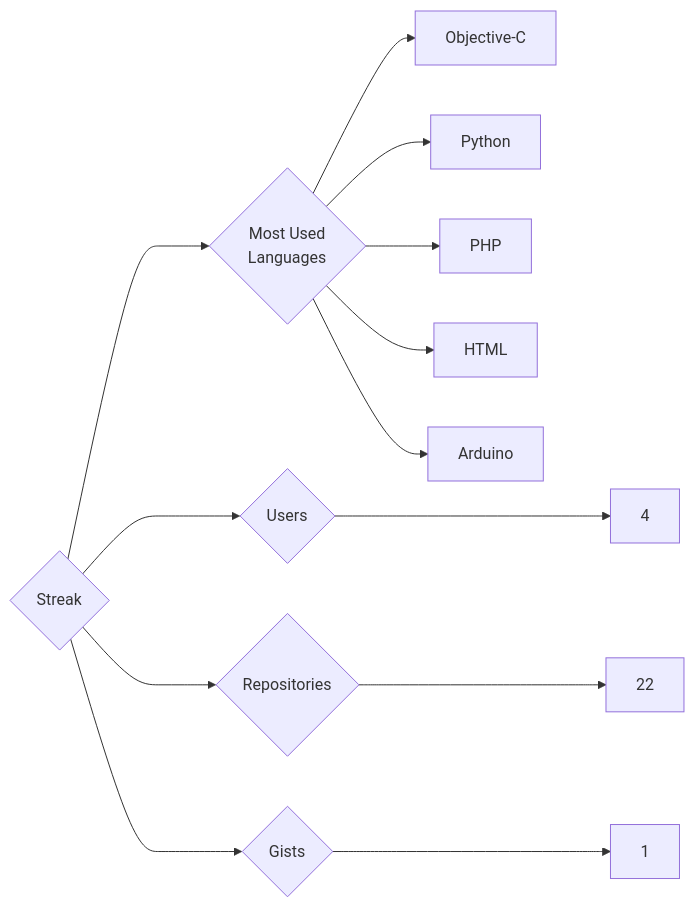
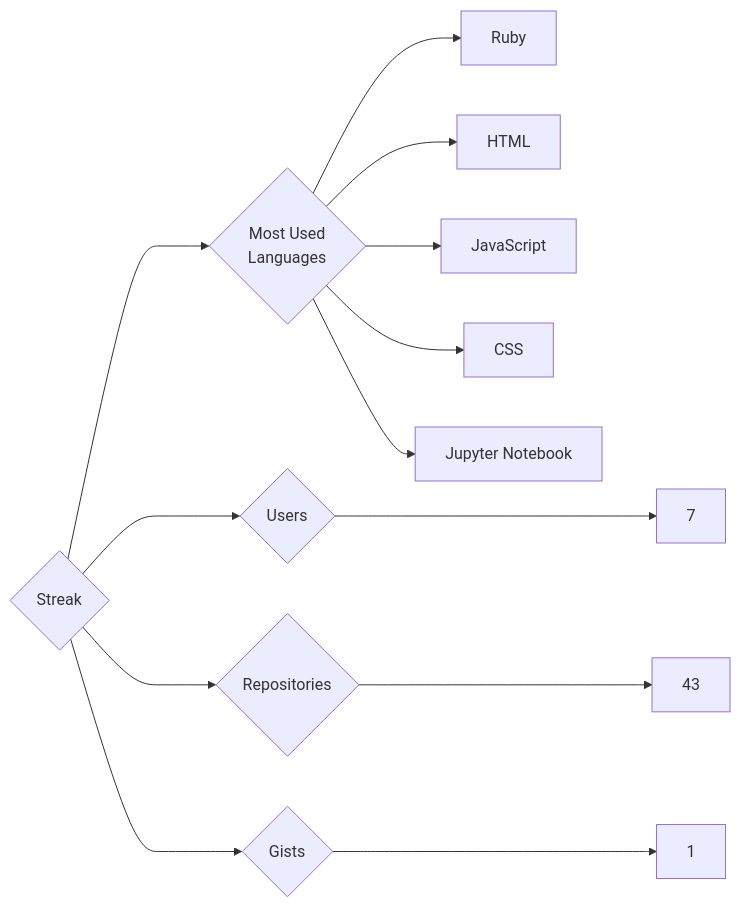
Before and after one commit to trickest/insiders: the diagram in targets/Streak/README.md, drawn with Mermaid. The commit also changed 823 other files, not shown here.

````diff
--- a/targets/Streak/README.md
+++ b/targets/Streak/README.md
@@ -3,13 +3,13 @@
 ```mermaid
 graph LR
 COMPANY_NAME{Streak}
-COMPANY_NAME ---> U{Users} ---> UN[4]
-COMPANY_NAME ---> R{Repositories} ---> RN[22]
+COMPANY_NAME ---> U{Users} ---> UN[7]
+COMPANY_NAME ---> R{Repositories} ---> RN[43]
 COMPANY_NAME ---> G{Gists} ---> GN[1]
 COMPANY_NAME ---> ML{Most Used<br>Languages}
-ML --> Objective-C[Objective-C]
-ML --> Python[Python]
-ML --> PHP[PHP]
+ML --> Ruby[Ruby]
 ML --> HTML[HTML]
-ML --> Arduino[Arduino]
+ML --> JavaScript[JavaScript]
+ML --> CSS[CSS]
+ML --> Jupyter_Notebook[Jupyter Notebook]
 ```
````
